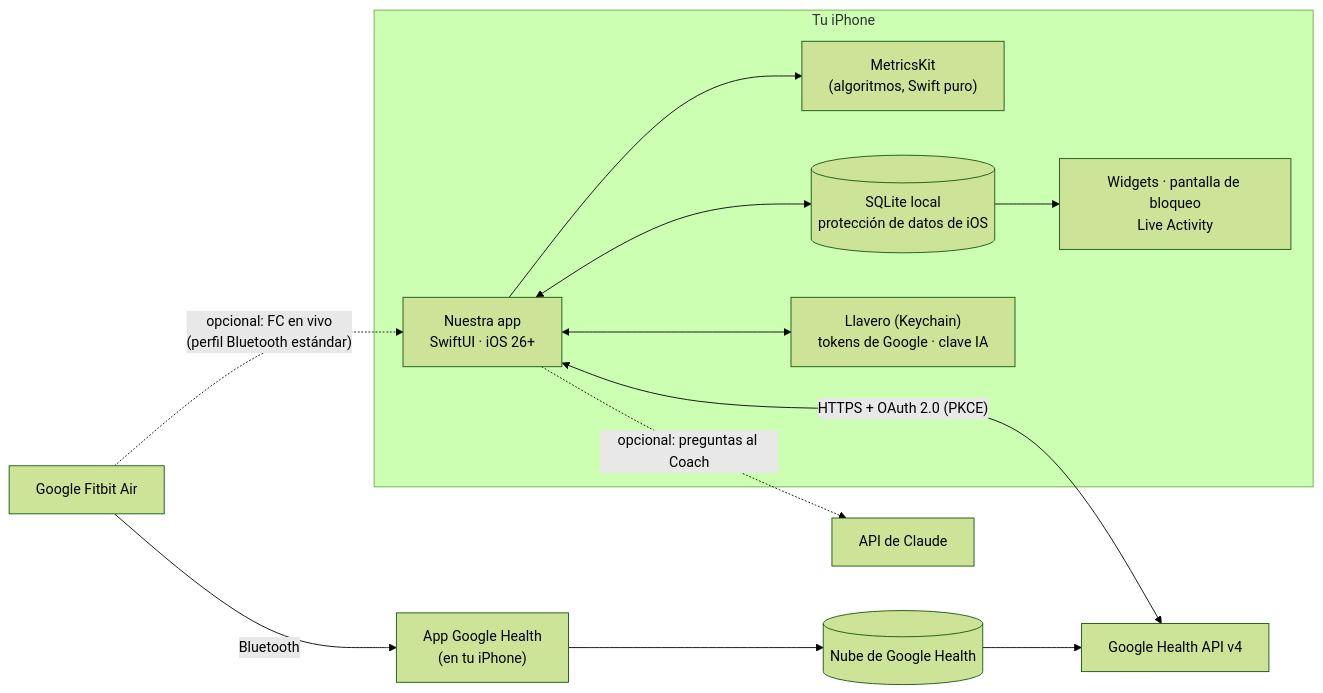
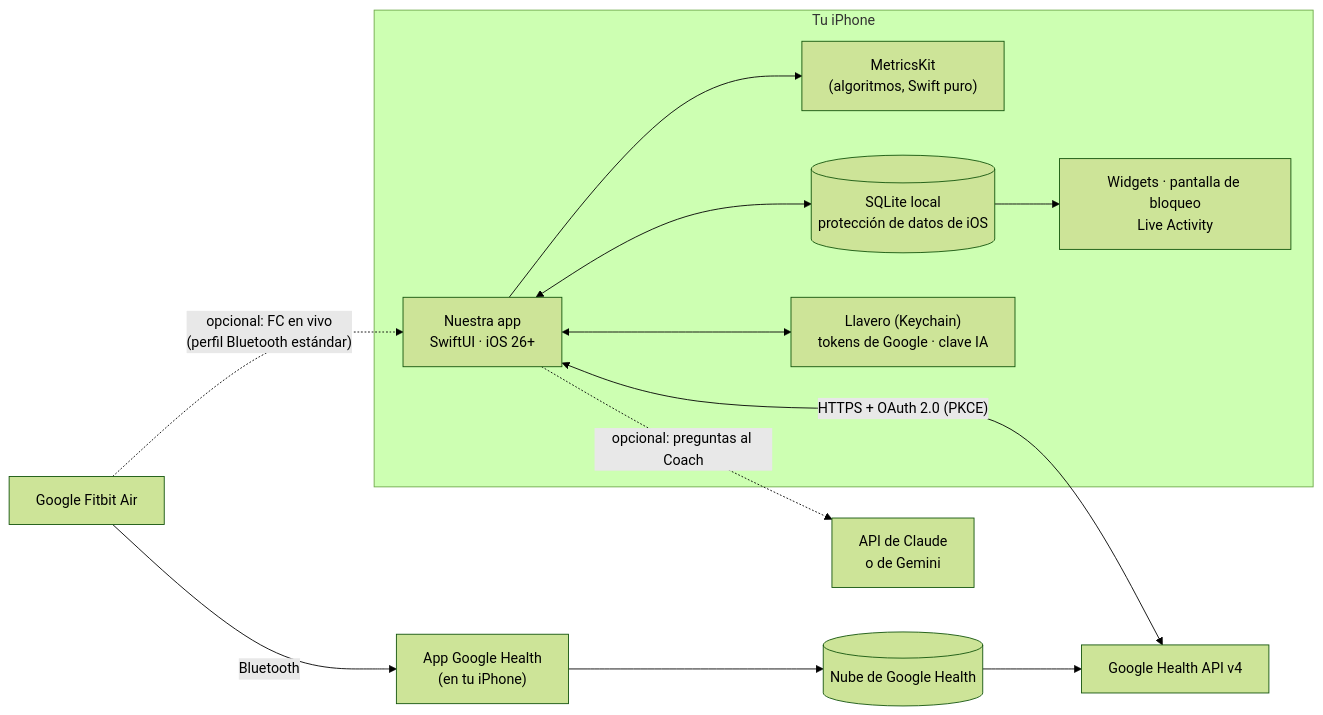
One commit to marcgodinezmartinez-gif/FitbitApp changed the first of 3 diagrams in docs/08-arquitectura-tecnica.md. Above: the diagram before and after it, drawn with Mermaid (forest theme). The commit also changed other lines of this file and 15 other files, not shown here.

First line of the commit message:
Adaptar requisitos a compilación sin Mac y Coach con Claude o Gemini

````diff
--- a/docs/08-arquitectura-tecnica.md
+++ b/docs/08-arquitectura-tecnica.md
@@ -7,22 +7,22 @@
 ```mermaid
 flowchart LR
     AIR["Google Fitbit Air"] -- Bluetooth --> GH["App Google Health<br/>(en tu iPhone)"]
     GH --> GC[("Nube de Google Health")]
     GC --> API["Google Health API v4"]
 
     subgraph IPHONE["Tu iPhone"]
         APP["Nuestra app<br/>SwiftUI · iOS 26+"]
         MK["MetricsKit<br/>(algoritmos, Swift puro)"]
         DB[("SQLite local<br/>protección de datos de iOS")]
         KC["Llavero (Keychain)<br/>tokens de Google · clave IA"]
         WID["Widgets · pantalla de bloqueo<br/>Live Activity"]
     end
 
     APP <-- "HTTPS + OAuth 2.0 (PKCE)" --> API
     APP --> MK
     APP <--> DB
     APP <--> KC
     DB --> WID
-    APP -. "opcional: preguntas al Coach" .-> LLM["API de Claude"]
+    APP -. "opcional: preguntas al Coach" .-> LLM["API de Claude<br/>o de Gemini"]
     AIR -. "opcional: FC en vivo<br/>(perfil Bluetooth estándar)" .-> APP
 ```
````
